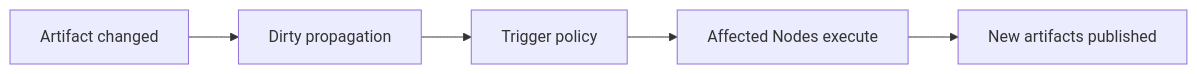
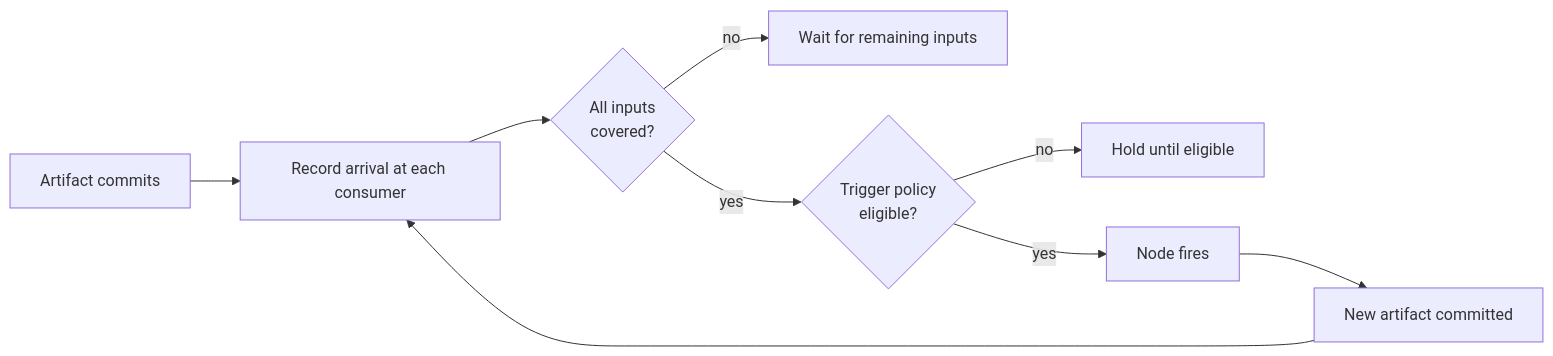
One commit to aam-cloudsky/Reed changed the eighth of 10 diagrams in docs/architecture.md. Above: the diagram before and after it, drawn with Mermaid. The commit also changed other lines of this file, not shown here.

````diff
--- a/docs/architecture.md
+++ b/docs/architecture.md
@@ -451,7 +291,11 @@
 ```mermaid
 flowchart LR
-    A[Artifact changed] --> D[Dirty propagation]
-    D --> T[Trigger policy]
-    T --> E[Affected Nodes execute]
-    E --> P[New artifacts published]
+    A[Artifact commits] --> R[Record arrival at each consumer]
+    R --> F{All inputs\ncovered?}
+    F -- no --> Wait[Wait for remaining inputs]
+    F -- yes --> T{Trigger policy\neligible?}
+    T -- no --> Wait2[Hold until eligible]
+    T -- yes --> X[Node fires]
+    X --> C[New artifact committed]
+    C --> R
 ```
````
